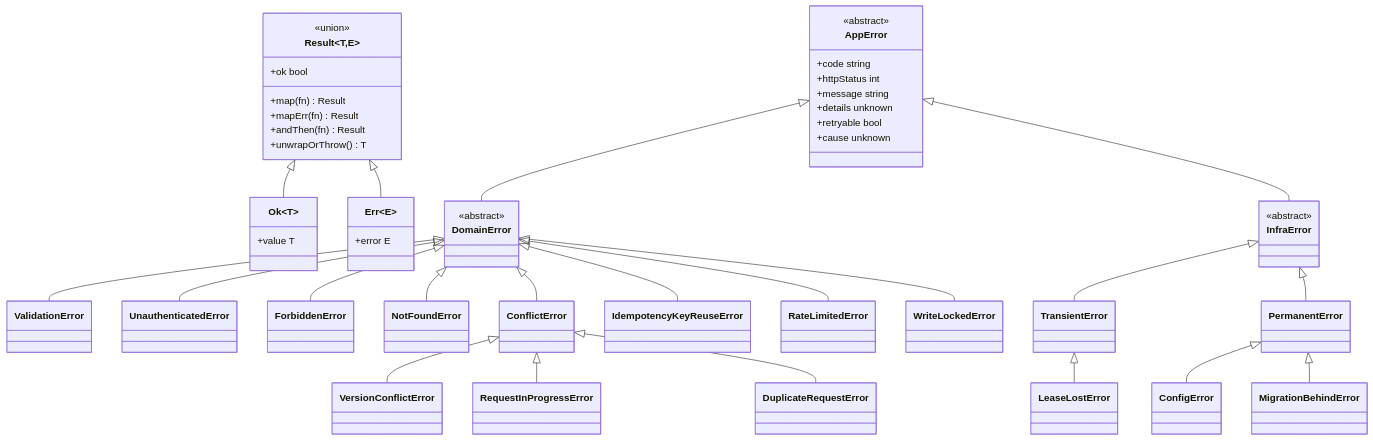
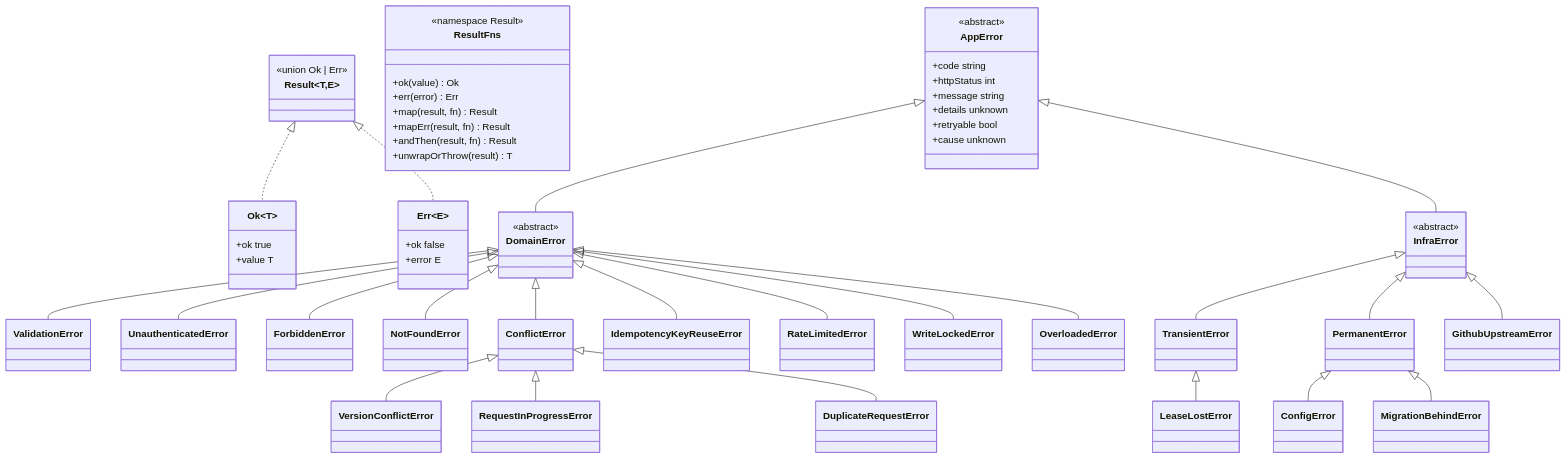
Before and after one commit to 1985jwlee/portpolio_backend: the second of 33 diagrams in docs/design/features/16-cross-cutting.md, drawn with Mermaid. The commit also changed 21 other files, not shown here.

````diff
--- a/docs/design/features/16-cross-cutting.md
+++ b/docs/design/features/16-cross-cutting.md
@@ -85,69 +85,79 @@
 ```mermaid
 classDiagram
     class Result~T,E~ {
-        <<union>>
-        +ok bool
-        +map(fn) Result
-        +mapErr(fn) Result
-        +andThen(fn) Result
-        +unwrapOrThrow() T
+        <<union Ok | Err>>
     }
     class Ok~T~ {
+        +ok true
         +value T
     }
     class Err~E~ {
+        +ok false
         +error E
     }
-    Result <|-- Ok
-    Result <|-- Err
+    class ResultFns {
+        <<namespace Result>>
+        +ok(value) Ok
+        +err(error) Err
+        +map(result, fn) Result
+        +mapErr(result, fn) Result
+        +andThen(result, fn) Result
+        +unwrapOrThrow(result) T
+    }
+    Result <|.. Ok
+    Result <|.. Err
 
     class AppError {
         <<abstract>>
         +code string
         +httpStatus int
         +message string
         +details unknown
         +retryable bool
         +cause unknown
     }
     class DomainError {
         <<abstract>>
     }
     class InfraError {
         <<abstract>>
     }
     AppError <|-- DomainError
     AppError <|-- InfraError
     class ValidationError
     class UnauthenticatedError
     class ForbiddenError
     class NotFoundError
     class ConflictError
     class VersionConflictError
     class RequestInProgressError
     class DuplicateRequestError
     class IdempotencyKeyReuseError
     class RateLimitedError
     class WriteLockedError
+    class OverloadedError
     DomainError <|-- ValidationError
     DomainError <|-- UnauthenticatedError
     DomainError <|-- ForbiddenError
     DomainError <|-- NotFoundError
     DomainError <|-- ConflictError
     ConflictError <|-- VersionConflictError
     ConflictError <|-- RequestInProgressError
     ConflictError <|-- DuplicateRequestError
     DomainError <|-- IdempotencyKeyReuseError
     DomainError <|-- RateLimitedError
     DomainError <|-- WriteLockedError
+    DomainError <|-- OverloadedError
     class TransientError
     class PermanentError
     class LeaseLostError
+    class GithubUpstreamError
     class ConfigError
     class MigrationBehindError
     InfraError <|-- TransientError
     InfraError <|-- PermanentError
     TransientError <|-- LeaseLostError
+    InfraError <|-- GithubUpstreamError
     PermanentError <|-- ConfigError
     PermanentError <|-- MigrationBehindError
 ```
````
